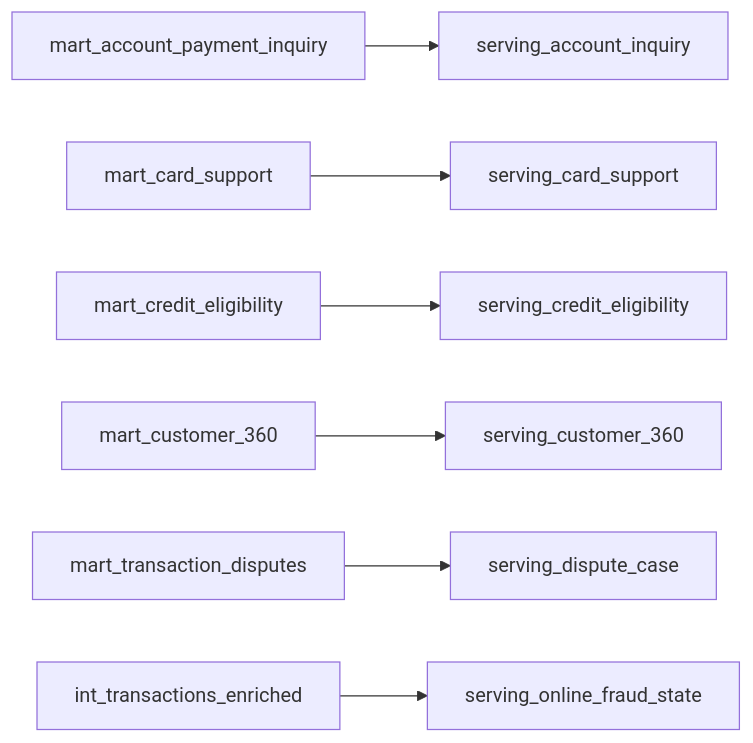
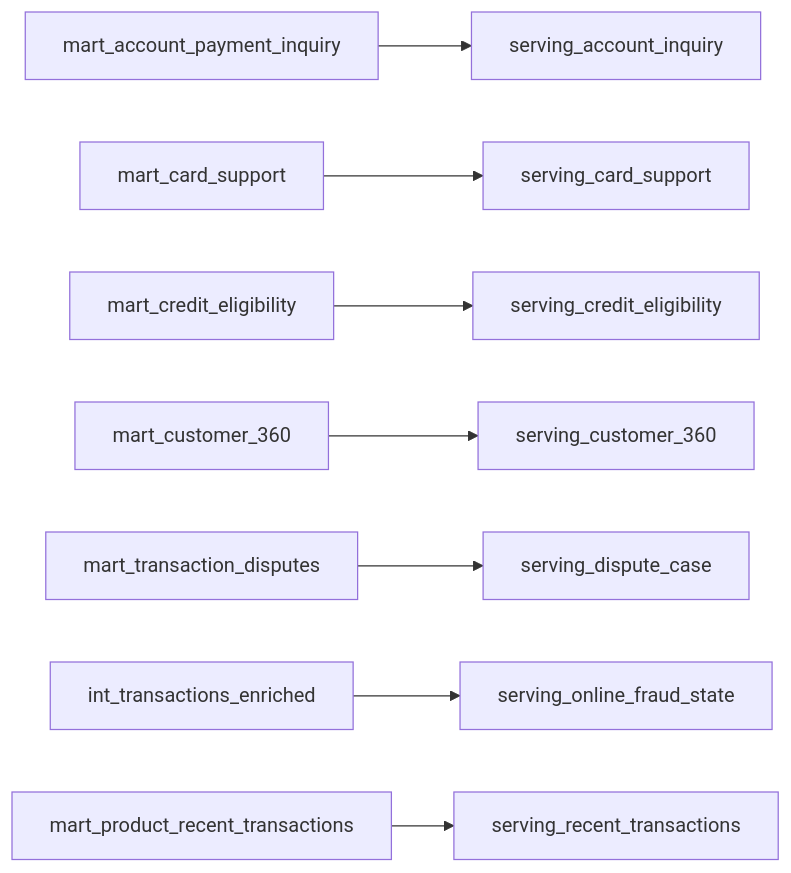
Before and after one commit to LEONOB2014/factored-hackathon-2026-Andres_Becerra: the second of 6 diagrams in docs/platform/generated/dbt_lineage.md, drawn with Mermaid. The commit also changed other lines of this file and 4 other files, not shown here.

````diff
--- a/docs/platform/generated/dbt_lineage.md
+++ b/docs/platform/generated/dbt_lineage.md
@@ -51,9 +53,10 @@
 ```mermaid
 flowchart LR
   mart_account_payment_inquiry --> serving_account_inquiry
   mart_card_support --> serving_card_support
   mart_credit_eligibility --> serving_credit_eligibility
   mart_customer_360 --> serving_customer_360
   mart_transaction_disputes --> serving_dispute_case
   int_transactions_enriched --> serving_online_fraud_state
+  mart_product_recent_transactions --> serving_recent_transactions
 ```
````
